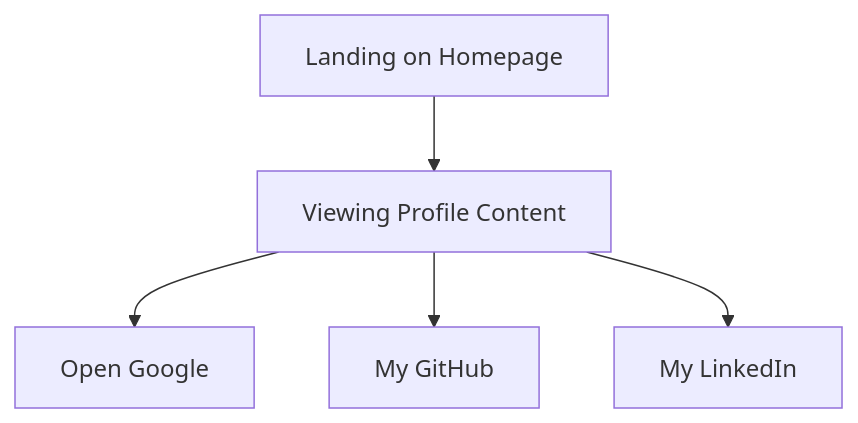
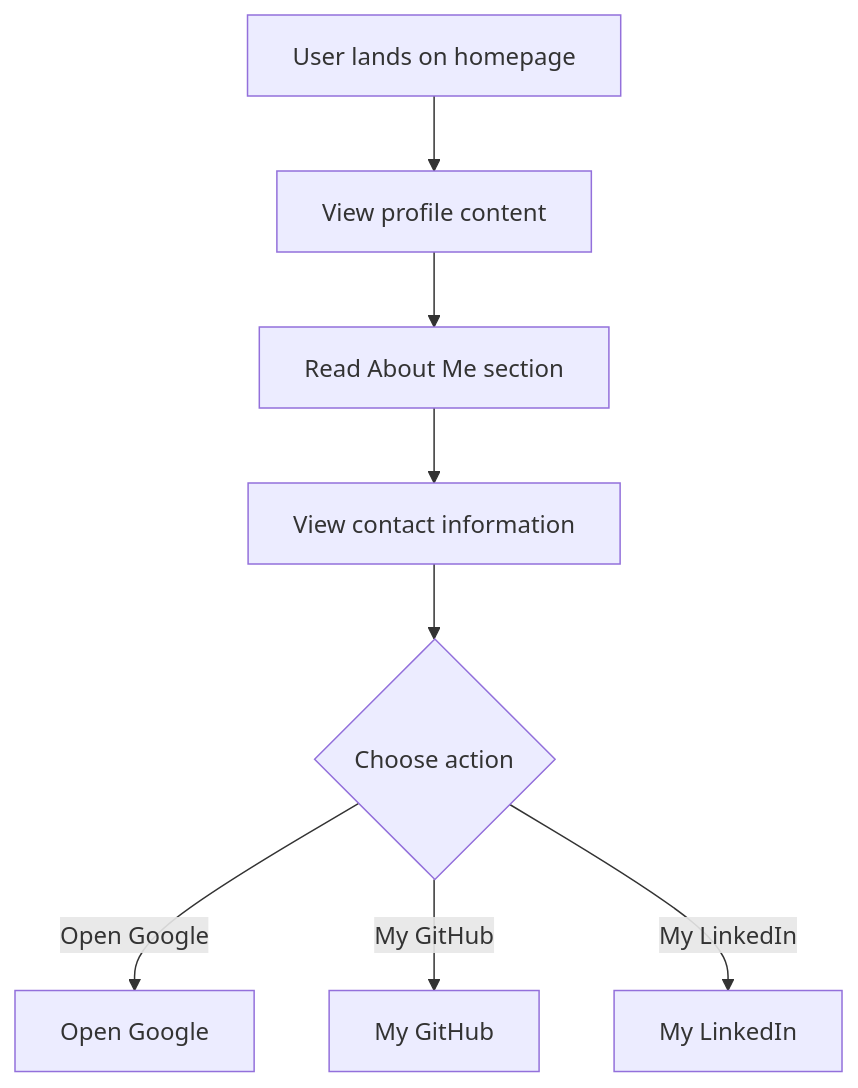
Before and after one commit to naseraljed-star/my_site: the diagram in docs/developer-guide.md, drawn with Mermaid. The commit also changed other lines of this file and 2 other files, not shown here.

Commit message:
update developer guide

````diff
--- a/docs/developer-guide.md
+++ b/docs/developer-guide.md
@@ -15,7 +14,10 @@
 ```mermaid
 flowchart TD
-    A[Landing on Homepage] --> B[Viewing Profile Content]
-    B --> C[Open Google]
-    B --> D[My GitHub]
-    B --> E[My LinkedIn]
+    A[User lands on homepage] --> B[View profile content]
+    B --> C[Read About Me section]
+    C --> D[View contact information]
+    D --> E{Choose action}
+    E -->|Open Google| OpenGoogle[Open Google]
+    E -->|My GitHub| MyGitHub[My GitHub]
+    E -->|My LinkedIn| MyLinkedIn[My LinkedIn]
 ```
````
